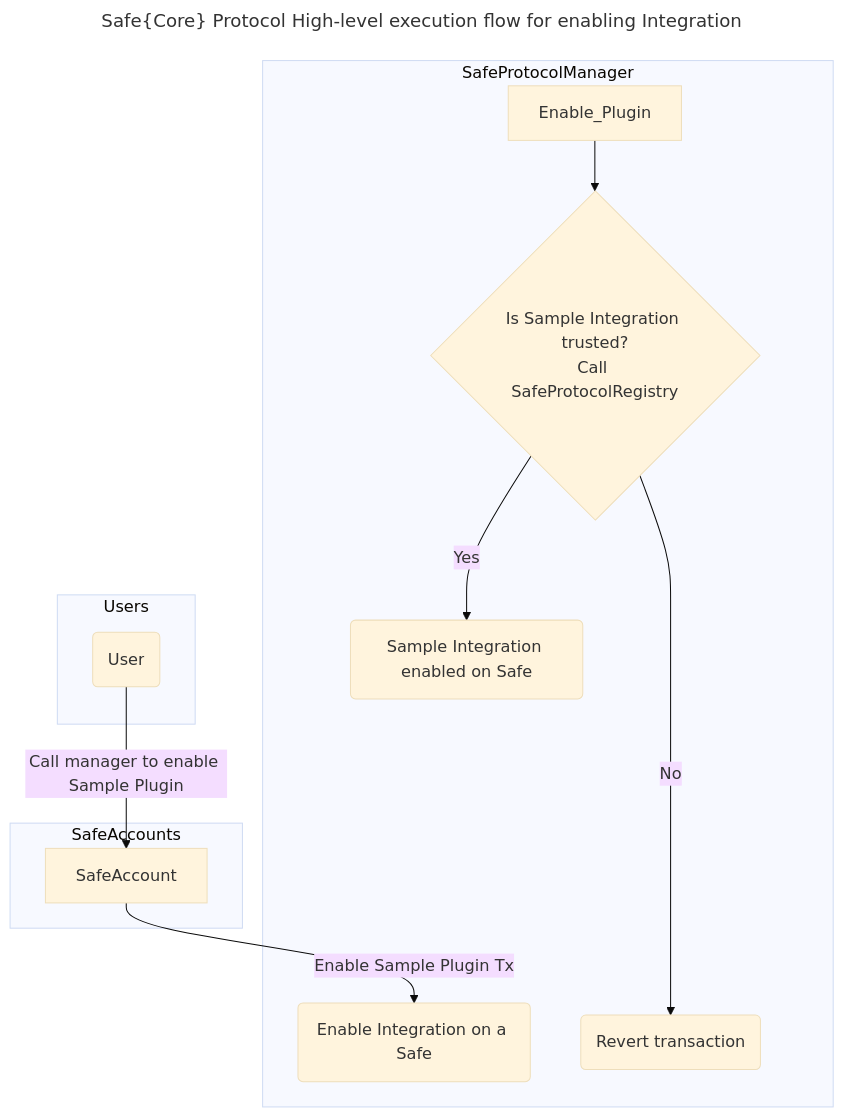
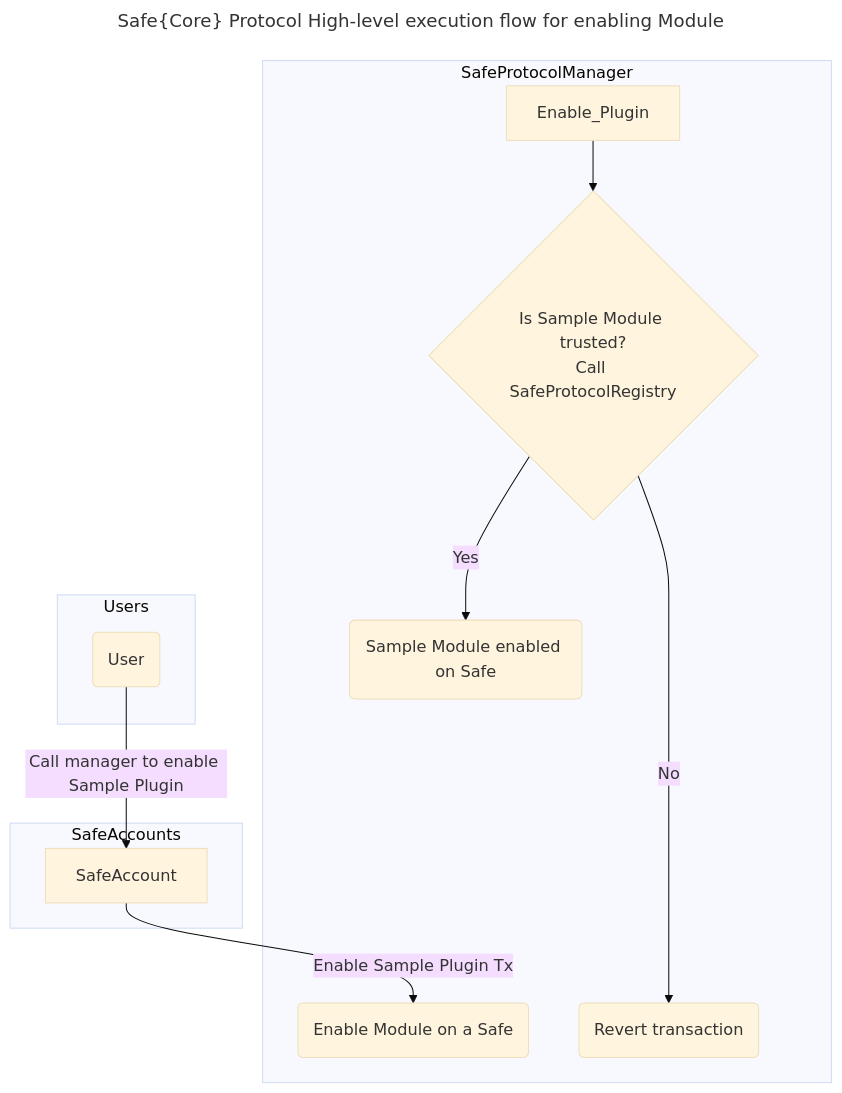
One commit to 5afe/safe-core-protocol changed the first of 5 diagrams in docs/execution_flows.md. Above: the diagram before and after it, drawn with Mermaid (base theme). The commit also changed other lines of this file and 17 other files, not shown here.

Commit message:
[#84] Bulk rename integration to module and verifier to validator (#85)

````diff
--- a/docs/execution_flows.md
+++ b/docs/execution_flows.md
@@ -7,20 +7,20 @@
 ```mermaid
 ---
-title: Safe{Core} Protocol High-level execution flow for enabling Integration
+title: Safe{Core} Protocol High-level execution flow for enabling Module
 ---
 flowchart TD;
 subgraph Users
    User(User)
 end
 
 subgraph SafeAccounts
    User(User) -->|Call manager to enable Sample Plugin| SafeAccount
 end
 
 subgraph SafeProtocolManager
-    SafeAccount -->|Enable Sample Plugin Tx| Enable_Integration(Enable Integration on a Safe)
-    Enable_Plugin --> Validator{Is Sample Integration trusted?<br>Call SafeProtocolRegistry}
-    Validator -- Yes --> C(Sample Integration enabled on Safe)
+    SafeAccount -->|Enable Sample Plugin Tx| Enable_Module(Enable Module on a Safe)
+    Enable_Plugin --> Validator{Is Sample Module trusted?<br>Call SafeProtocolRegistry}
+    Validator -- Yes --> C(Sample Module enabled on Safe)
     Validator -- No ----> E(Revert transaction)
 end
 ```
````
